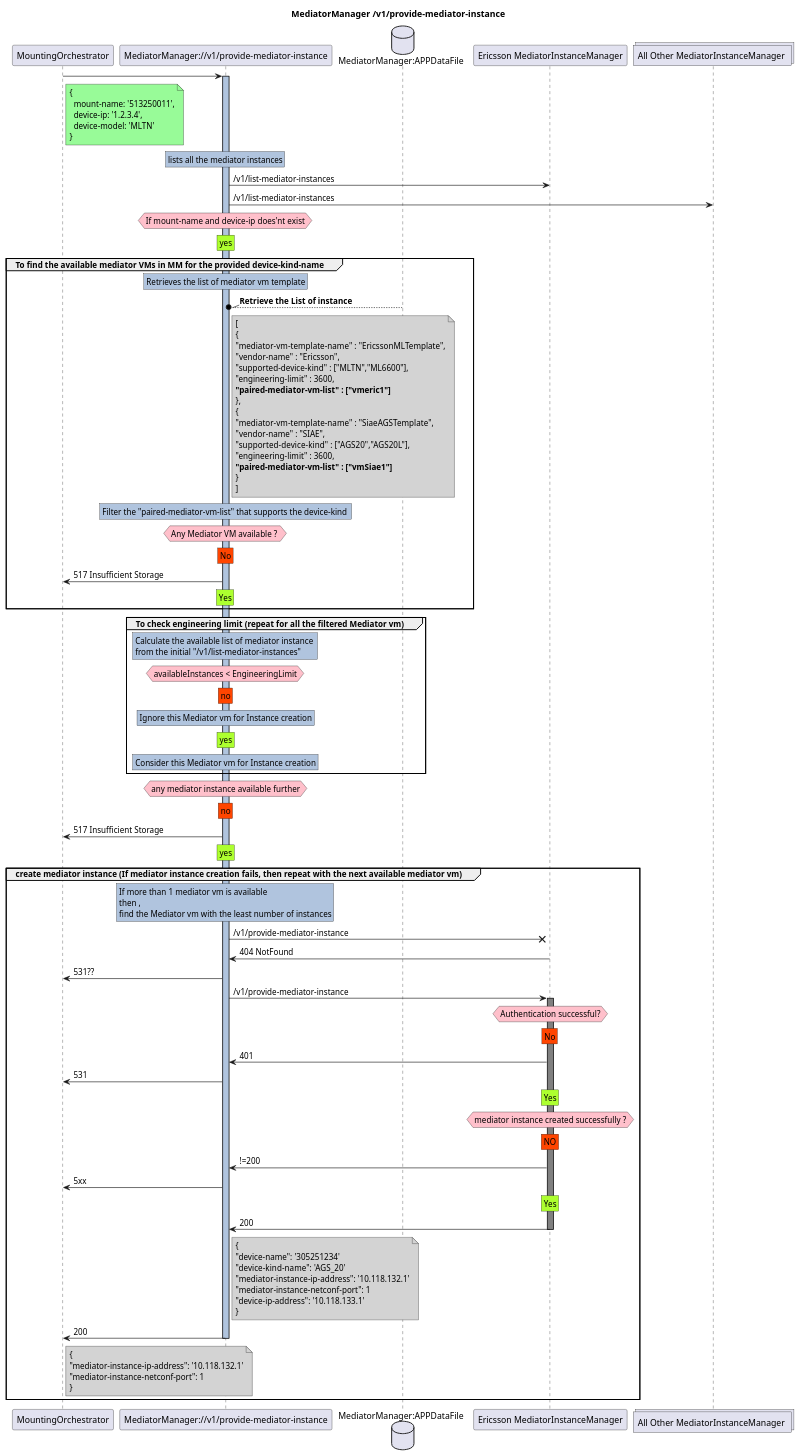
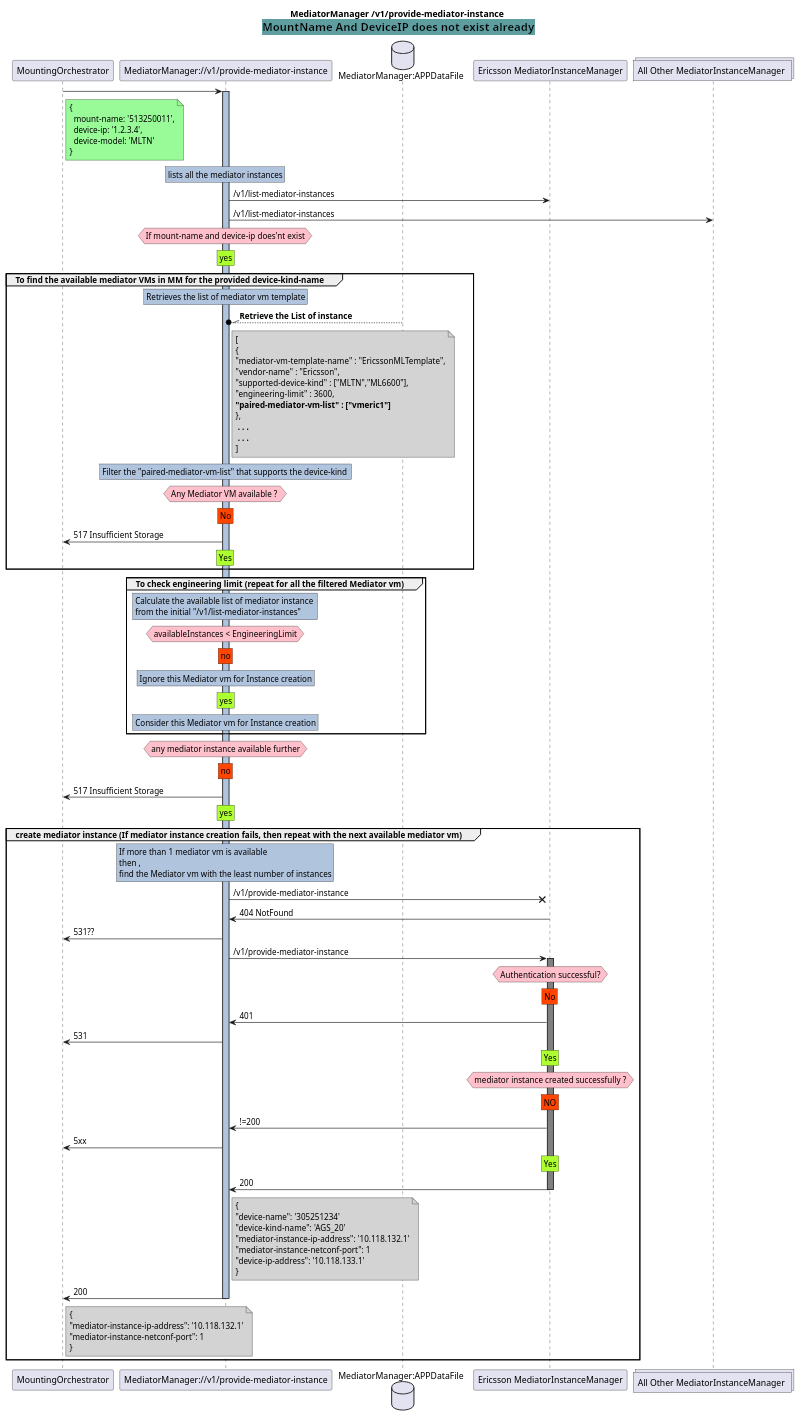
The diagram in spec/diagrams/ProvideMediatorInstance/MountNameAndDeviceIPDoesnotExist.plantuml (PrathibaJee/MediatorManager), drawn with PlantUML before and after one commit. The commit also changed 5 other files, not shown here.

Commit message:
changes to the plant uml

```diff
--- a/spec/diagrams/ProvideMediatorInstance/MountNameAndDeviceIPDoesnotExist.plantuml
+++ b/spec/diagrams/ProvideMediatorInstance/MountNameAndDeviceIPDoesnotExist.plantuml
@@ -1,188 +1,184 @@
-@startuml DeleteMediatorVmTemplate
+@startuml MountNameAndDeviceIPDoesnotExist
 skinparam responseMessageBelowArrow true
 
 title
-MediatorManager /v1/provide-mediator-instance
+MediatorManager /v1/provide-mediator-instance 
+<back:cadetblue><size:18>MountName And DeviceIP does not exist already</size></back>
 end title
 
 participant "MountingOrchestrator" as MO
 participant "MediatorManager://v1/provide-mediator-instance" as MM
 database "MediatorManager:APPDataFile" as AppData
 participant "Ericsson MediatorInstanceManager" as EMIM
 collections "All Other MediatorInstanceManager " as AMIM
 
 
 MO -> MM : 
 note right MO #PaleGreen
     { 
       mount-name: '513250011',
       device-ip: '1.2.3.4',
       device-model: 'MLTN'
     }
 end note
 activate MM #LightSteelBlue
 
 rnote over MM #LightSteelBlue
     lists all the mediator instances
 end note
 
 MM -> EMIM : /v1/list-mediator-instances
 
 MM -> AMIM : /v1/list-mediator-instances
 
 hnote over MM #Pink
     If mount-name and device-ip does'nt exist
 end note
 
 rnote over MM #GreenYellow
     yes
 end note
 
 group To find the available mediator VMs in MM for the provided device-kind-name
     rnote over MM #LightSteelBlue
         Retrieves the list of mediator vm template
     end note
 
     AppData --\\o MM : <b>Retrieve the List of instance
     note right MM #LightGray
         [
         {
         "mediator-vm-template-name" : "EricssonMLTemplate",
         "vendor-name" : "Ericsson",
         "supported-device-kind" : ["MLTN","ML6600"],
         "engineering-limit" : 3600,
         <b>"paired-mediator-vm-list" : ["vmeric1"]
         },
-        {
-        "mediator-vm-template-name" : "SiaeAGSTemplate",
-        "vendor-name" : "SIAE",
-        "supported-device-kind" : ["AGS20","AGS20L"],
-        "engineering-limit" : 3600,
-        <b>"paired-mediator-vm-list" : ["vmSiae1"]
-        }
+        <b> . . .
+        <b> . . .
         ]
     end note
 
     rnote over MM #LightSteelBlue
         Filter the "paired-mediator-vm-list" that supports the device-kind 
     end note
 
     hnote over MM #Pink
         Any Mediator VM available ? 
     end note
 
     rnote over MM #OrangeRed
         No
     end note
 
     MM -> MO : 517 Insufficient Storage
 
     rnote over MM #GreenYellow
         Yes
     end note
 
 end
 
 group To check engineering limit (repeat for all the filtered Mediator vm)
     rnote over MM #LightSteelBlue
         Calculate the available list of mediator instance 
         from the initial "/v1/list-mediator-instances"
     end note
 
     hnote over MM #Pink
         availableInstances < EngineeringLimit
     end note
 
     rnote over MM #OrangeRed
         no
     end note
 
     rnote over MM #LightSteelBlue
         Ignore this Mediator vm for Instance creation
     end note
 
     rnote over MM #GreenYellow
         yes
     end note
 
     rnote over MM #LightSteelBlue
         Consider this Mediator vm for Instance creation
     end note
 end
 
 hnote over MM #Pink
     any mediator instance available further
 end note
 
 rnote over MM #OrangeRed
     no
 end note
 
 MM -> MO : 517 Insufficient Storage
 
 rnote over MM #GreenYellow
     yes
 end note
 
 group create mediator instance (If mediator instance creation fails, then repeat with the next available mediator vm)
         rnote over MM #LightSteelBlue
                 If more than 1 mediator vm is available 
                 then , 
                 find the Mediator vm with the least number of instances
         end note
 
         MM -x EMIM : /v1/provide-mediator-instance
         EMIM -> MM : 404 NotFound
         MM -> MO : 531??
 
         MM -> EMIM : /v1/provide-mediator-instance
         activate EMIM #Grey
         hnote over EMIM #pink
         Authentication successful?
         end note
         rnote over EMIM #OrangeRed
         No
         end note
         EMIM -> MM : 401
         MM -> MO : 531
 
         rnote over EMIM #GreenYellow
         Yes
         end note
         hnote over EMIM #pink
         mediator instance created successfully ?
         end note
         rnote over EMIM #OrangeRed
         NO
         end note
         EMIM -> MM : !=200
         MM -> MO : 5xx
 
         rnote over EMIM #GreenYellow
         Yes
         end note
 
         EMIM -> MM : 200
         note right MM #LightGray
         {
         "device-name": '305251234'
         "device-kind-name": 'AGS_20'
         "mediator-instance-ip-address": '10.118.132.1'
         "mediator-instance-netconf-port": 1
         "device-ip-address": '10.118.133.1'
         }
         end note
 
         deactivate EMIM
         
         MM -> MO : 200 
         deactivate MM
         note right MO #LightGray
         {
         "mediator-instance-ip-address": '10.118.132.1'
         "mediator-instance-netconf-port": 1
         }
         end note
 end
 
 @enduml
```
